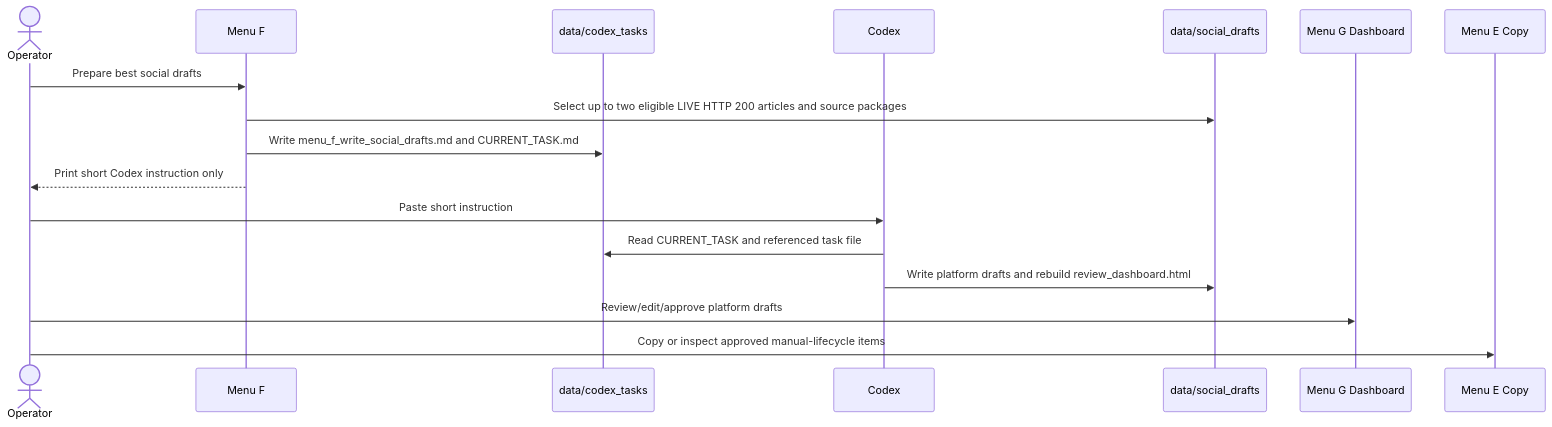
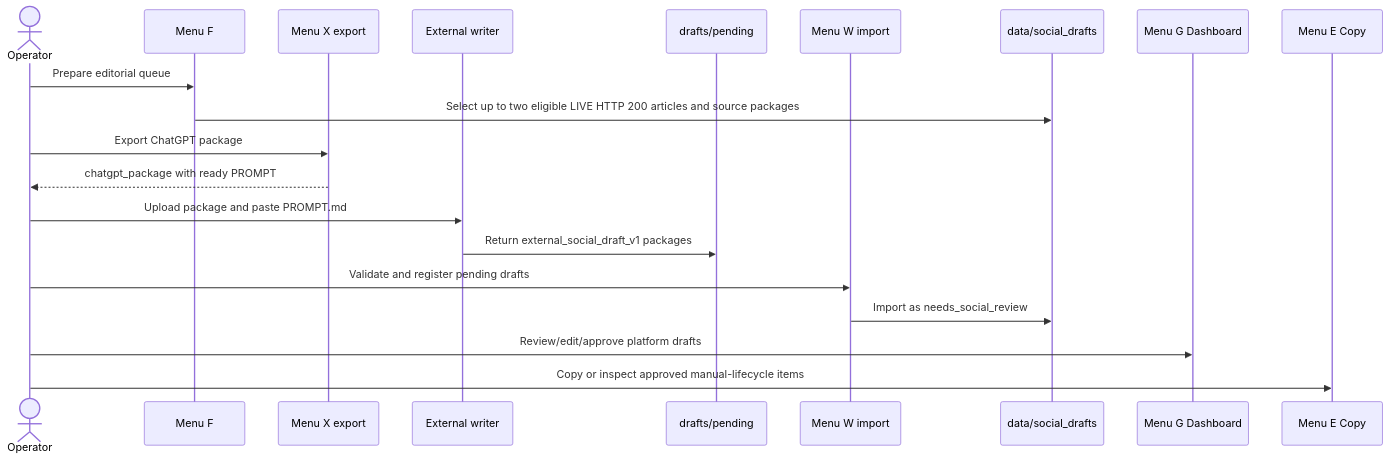
Before and after one commit to tuanpk1977/affiliate-bot: the sixth of 10 diagrams in PROJECT_GUIDE.md, drawn with Mermaid. The commit also changed other lines of this file and 136 other files, not shown here.

````diff
--- a/PROJECT_GUIDE.md
+++ b/PROJECT_GUIDE.md
@@ -333,19 +496,22 @@
 ```mermaid
 sequenceDiagram
     actor Operator
     participant F as Menu F
-    participant T as data/codex_tasks
-    participant C as Codex
+    participant X as Menu X export
+    participant C as External writer
+    participant P as drafts/pending
+    participant W as Menu W import
     participant D as data/social_drafts
     participant G as Menu G Dashboard
     participant E as Menu E Copy
-    Operator->>F: Prepare best social drafts
+    Operator->>F: Prepare editorial queue
     F->>D: Select up to two eligible LIVE HTTP 200 articles and source packages
-    F->>T: Write menu_f_write_social_drafts.md and CURRENT_TASK.md
-    F-->>Operator: Print short Codex instruction only
-    Operator->>C: Paste short instruction
-    C->>T: Read CURRENT_TASK and referenced task file
-    C->>D: Write platform drafts and rebuild review_dashboard.html
+    Operator->>X: Export ChatGPT package
+    X-->>Operator: chatgpt_package with ready PROMPT
+    Operator->>C: Upload package and paste PROMPT.md
+    C->>P: Return external_social_draft_v1 packages
+    Operator->>W: Validate and register pending drafts
+    W->>D: Import as needs_social_review
     Operator->>G: Review/edit/approve platform drafts
     Operator->>E: Copy or inspect approved manual-lifecycle items
 ```
````
